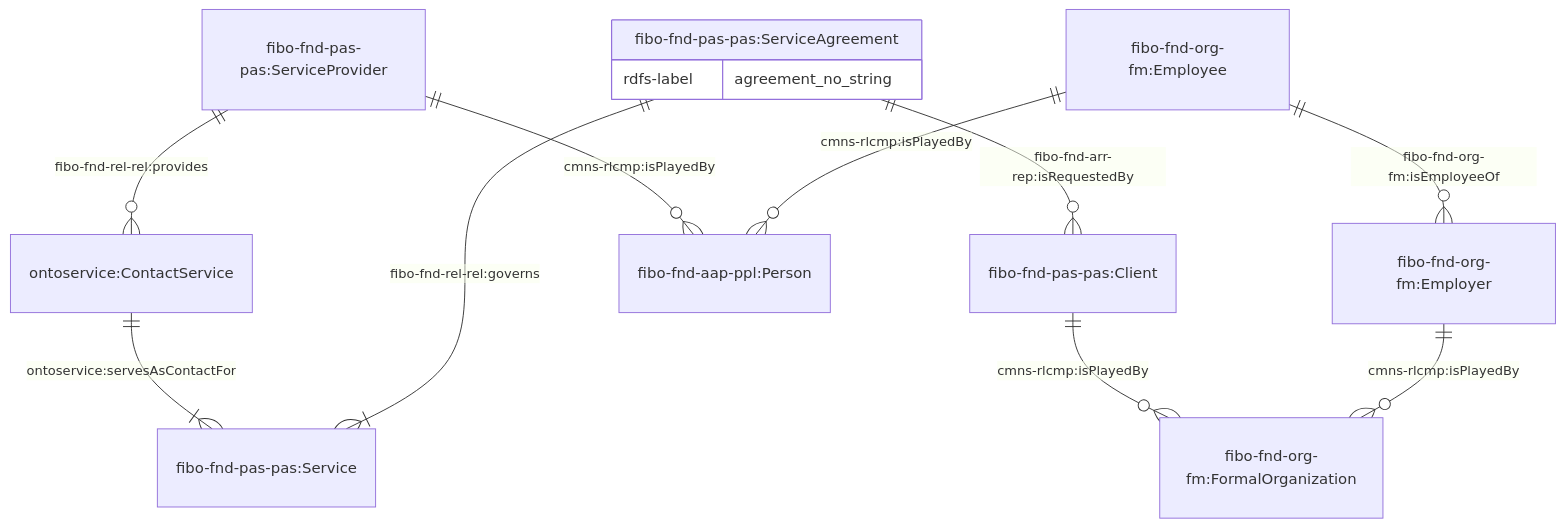
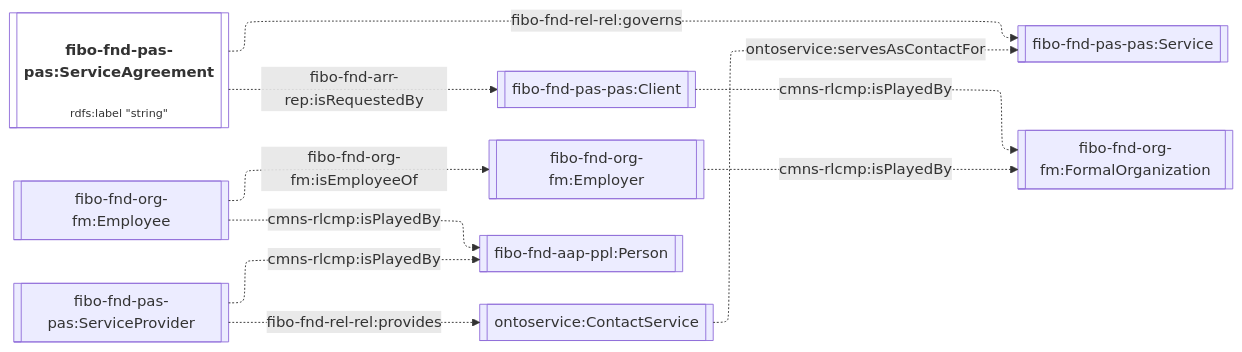
Before and after one commit to cambridge-cares/TheWorldAvatar: the fourth of 10 diagrams in JPS_Ontology/ontology/ontoservice/README.md, drawn with Mermaid. The commit also changed other lines of this file and 1 other file, not shown here.

Commit message:
dev-service-execution-ontology-extension: update to flowchart diagram in ontoservice and ontowastemanagement

````diff
--- a/JPS_Ontology/ontology/ontoservice/README.md
+++ b/JPS_Ontology/ontology/ontoservice/README.md
@@ -123,17 +142,20 @@
 ```mermaid
-    erDiagram
-    "fibo-fnd-pas-pas:ServiceAgreement" {
-        rdfs-label agreement_no_string
-    }
-    "fibo-fnd-pas-pas:ServiceAgreement" ||--|{ "fibo-fnd-pas-pas:Service" : "fibo-fnd-rel-rel:governs"
+%%{init: {"flowchart": {"defaultRenderer": "elk"}} }%%
+flowchart LR
+    %% Styling
+    classDef literal fill:none
+    classDef node overflow-wrap:break-word,text-wrap:pretty
+    linkStyle default overflow-wrap:break-word,text-wrap:pretty;
 
-    "fibo-fnd-pas-pas:ServiceAgreement" ||--o{ "fibo-fnd-pas-pas:Client" : "fibo-fnd-arr-rep:isRequestedBy"
-    "fibo-fnd-org-fm:Employer" ||--o{ "fibo-fnd-org-fm:FormalOrganization"  : "cmns-rlcmp:isPlayedBy"
-    "fibo-fnd-pas-pas:Client" ||--o{ "fibo-fnd-org-fm:FormalOrganization"  : "cmns-rlcmp:isPlayedBy"
+    %% Contents
+    Agreement[["<h4>fibo-fnd-pas-pas:ServiceAgreement</h4><p style='font-size:0.75rem;'>rdfs:label &quot;string&quot;</p>"]]:::literal -. fibo-fnd-rel-rel:governs .-> Service[[fibo-fnd-pas-pas:Service]]
+    Agreement -. fibo-fnd-arr-rep:isRequestedBy .-> Client[[fibo-fnd-pas-pas:Client]]
+    Employer[[fibo-fnd-org-fm:Employer]] -. cmns-rlcmp:isPlayedBy .-> Org[[fibo-fnd-org-fm:FormalOrganization]]
+    Client -. cmns-rlcmp:isPlayedBy .-> Org
 
-    "fibo-fnd-org-fm:Employee" ||--o{ "fibo-fnd-org-fm:Employer" : "fibo-fnd-org-fm:isEmployeeOf"
-    "fibo-fnd-org-fm:Employee" ||--o{ "fibo-fnd-aap-ppl:Person"  : "cmns-rlcmp:isPlayedBy"
-    "fibo-fnd-pas-pas:ServiceProvider" ||--o{ "fibo-fnd-aap-ppl:Person"  : "cmns-rlcmp:isPlayedBy"
-    "fibo-fnd-pas-pas:ServiceProvider" ||--o{ "ontoservice:ContactService"  : "fibo-fnd-rel-rel:provides"
-    "ontoservice:ContactService" ||--|{ "fibo-fnd-pas-pas:Service" : "ontoservice:servesAsContactFor"
+    Employee[[fibo-fnd-org-fm:Employee]] -. cmns-rlcmp:isPlayedBy .-> Person[[fibo-fnd-aap-ppl:Person]]
+    Employee -. fibo-fnd-org-fm:isEmployeeOf .-> Employer
+    ServiceProvider[[fibo-fnd-pas-pas:ServiceProvider]] -. cmns-rlcmp:isPlayedBy .-> Person[[fibo-fnd-aap-ppl:Person]]
+    ServiceProvider -. fibo-fnd-rel-rel:provides .-> ContactService[[ontoservice:ContactService]]
+    ContactService -. ontoservice:servesAsContactFor .-> Service
 ```
````
